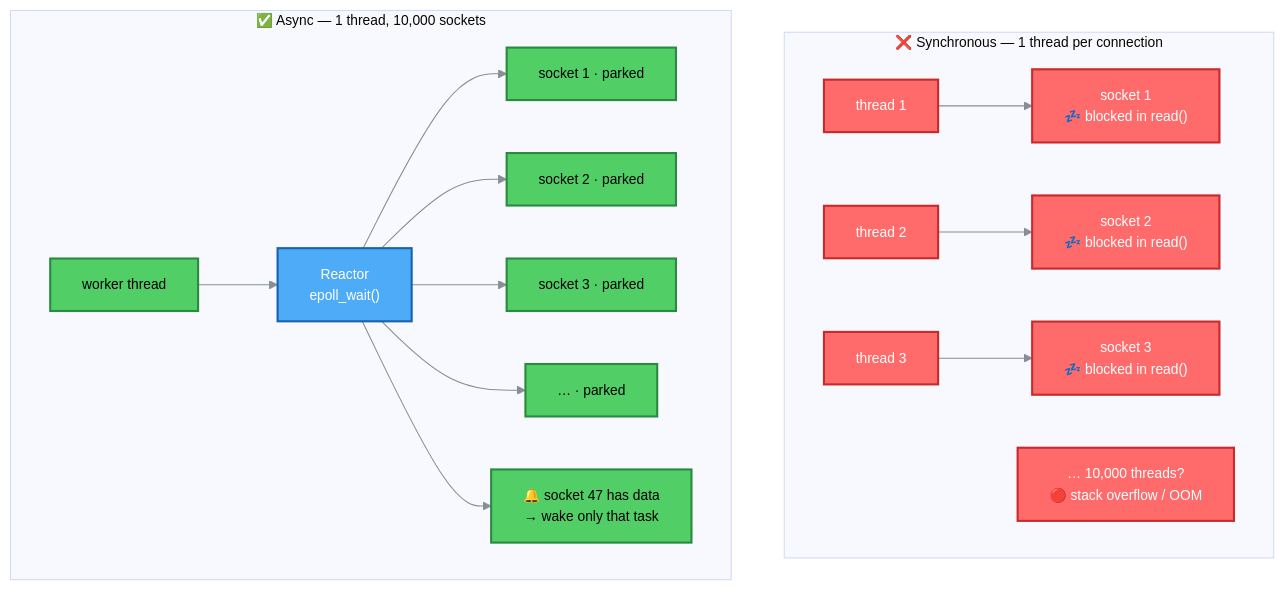
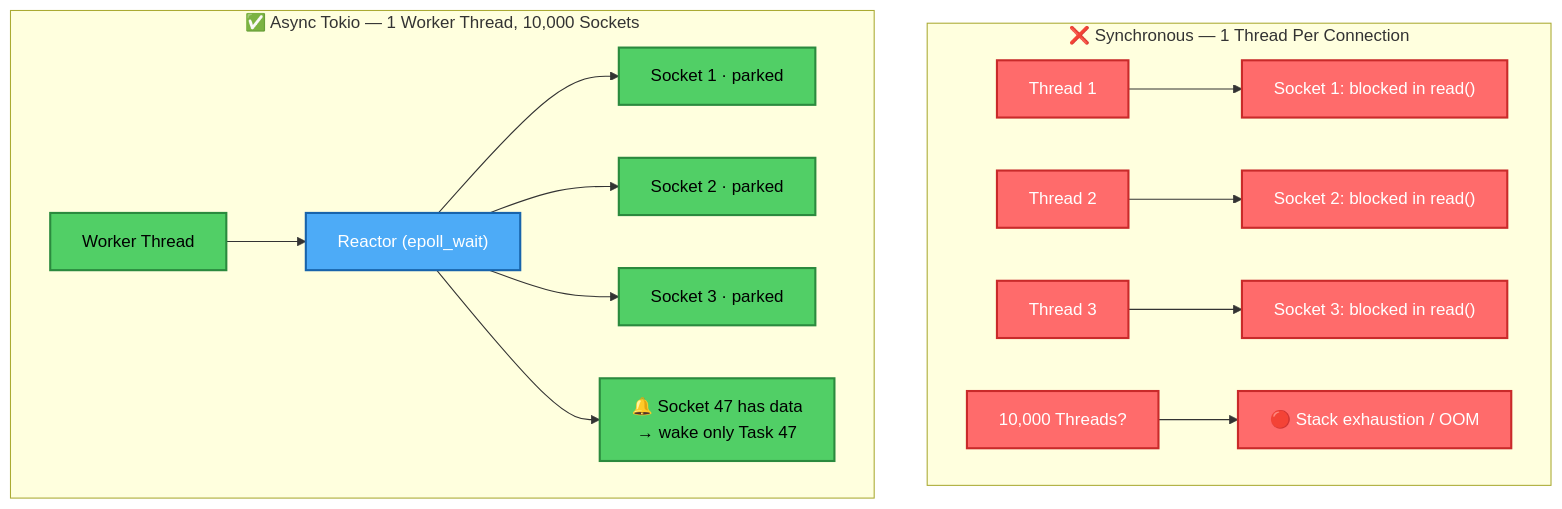
Before and after one commit to sks006/Visual-Tokio: the second of 3 diagrams in readme.md, drawn with Mermaid. The commit also changed other lines of this file and 48 other files, not shown here.

````diff
--- a/readme.md
+++ b/readme.md
@@ -245,26 +128,23 @@
 ```mermaid
-%%{init: {'theme':'base','themeVariables':{'fontSize':'13px','lineColor':'#868e96'}}}%%
 flowchart TB
-    subgraph SYNC["❌ Synchronous — 1 thread per connection"]
-        S1["thread 1"] --> SOCK1["socket 1<br/>💤 blocked in read()"]
-        S2["thread 2"] --> SOCK2["socket 2<br/>💤 blocked in read()"]
-        S3["thread 3"] --> SOCK3["socket 3<br/>💤 blocked in read()"]
-        S4["… 10,000 threads?<br/>🔴 stack overflow / OOM"]
+    subgraph SYNC["❌ Synchronous — 1 Thread Per Connection"]
+        S1["Thread 1"] --> SOCK1["Socket 1: blocked in read()"]
+        S2["Thread 2"] --> SOCK2["Socket 2: blocked in read()"]
+        S3["Thread 3"] --> SOCK3["Socket 3: blocked in read()"]
+        S4["10,000 Threads?"] --> OOM["🔴 Stack exhaustion / OOM"]
     end
-    subgraph ASYNC["✅ Async — 1 thread, 10,000 sockets"]
-        A1["worker thread"] --> MUX["Reactor<br/>epoll_wait()"]
-        MUX --> A2["socket 1 · parked"]
-        MUX --> A3["socket 2 · parked"]
-        MUX --> A4["socket 3 · parked"]
-        MUX --> A5["… · parked"]
-        MUX --> A6["🔔 socket 47 has data<br/>→ wake only that task"]
+    subgraph ASYNC["✅ Async Tokio — 1 Worker Thread, 10,000 Sockets"]
+        A1["Worker Thread"] --> MUX["Reactor (epoll_wait)"]
+        MUX --> A2["Socket 1 · parked"]
+        MUX --> A3["Socket 2 · parked"]
+        MUX --> A4["Socket 3 · parked"]
+        MUX --> A6["🔔 Socket 47 has data<br/>→ wake only Task 47"]
     end
 
     classDef bad fill:#ff6b6b,stroke:#c92a2a,stroke-width:2px,color:#fff
     classDef good fill:#51cf66,stroke:#2b8a3e,stroke-width:2px,color:#000
     classDef mid fill:#4dabf7,stroke:#1864ab,stroke-width:2px,color:#fff
-
-    class S1,S2,S3,S4,SOCK1,SOCK2,SOCK3 bad
-    class A1,A2,A3,A4,A5,A6 good
+    class S1,S2,S3,S4,SOCK1,SOCK2,SOCK3,OOM bad
+    class A1,A2,A3,A4,A6 good
     class MUX mid
 ```
````
